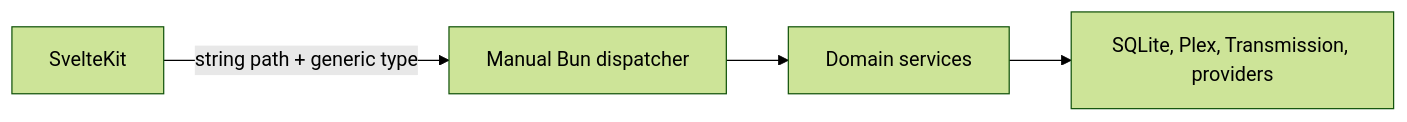
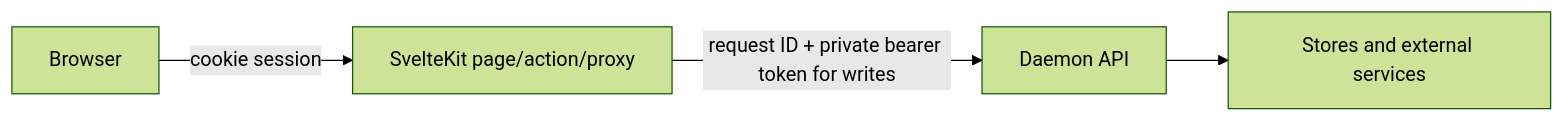
The first of 2 diagrams in src/content/docs/architecture/typed-daemon-boundary.md (cesarnml/pirate-claw-for-dummies), drawn with Mermaid (forest theme) before and after one commit. The commit also changed other lines of this file and 111 other files, not shown here.

Commit message:
docs: rewrite Pirate Claw architecture guide

````diff
--- a/src/content/docs/architecture/typed-daemon-boundary.md
+++ b/src/content/docs/architecture/typed-daemon-boundary.md
@@ -12,6 +10,6 @@
 ```mermaid
 flowchart LR
-  Web[SvelteKit] -->|string path + generic type| API[Manual Bun dispatcher]
-  API --> Services[Domain services]
-  Services --> State[SQLite, Plex, Transmission, providers]
+  B[Browser] -->|cookie session| W[SvelteKit page/action/proxy]
+  W -->|request ID + private bearer token for writes| D[Daemon API]
+  D --> S[Stores and external services]
 ```
````
